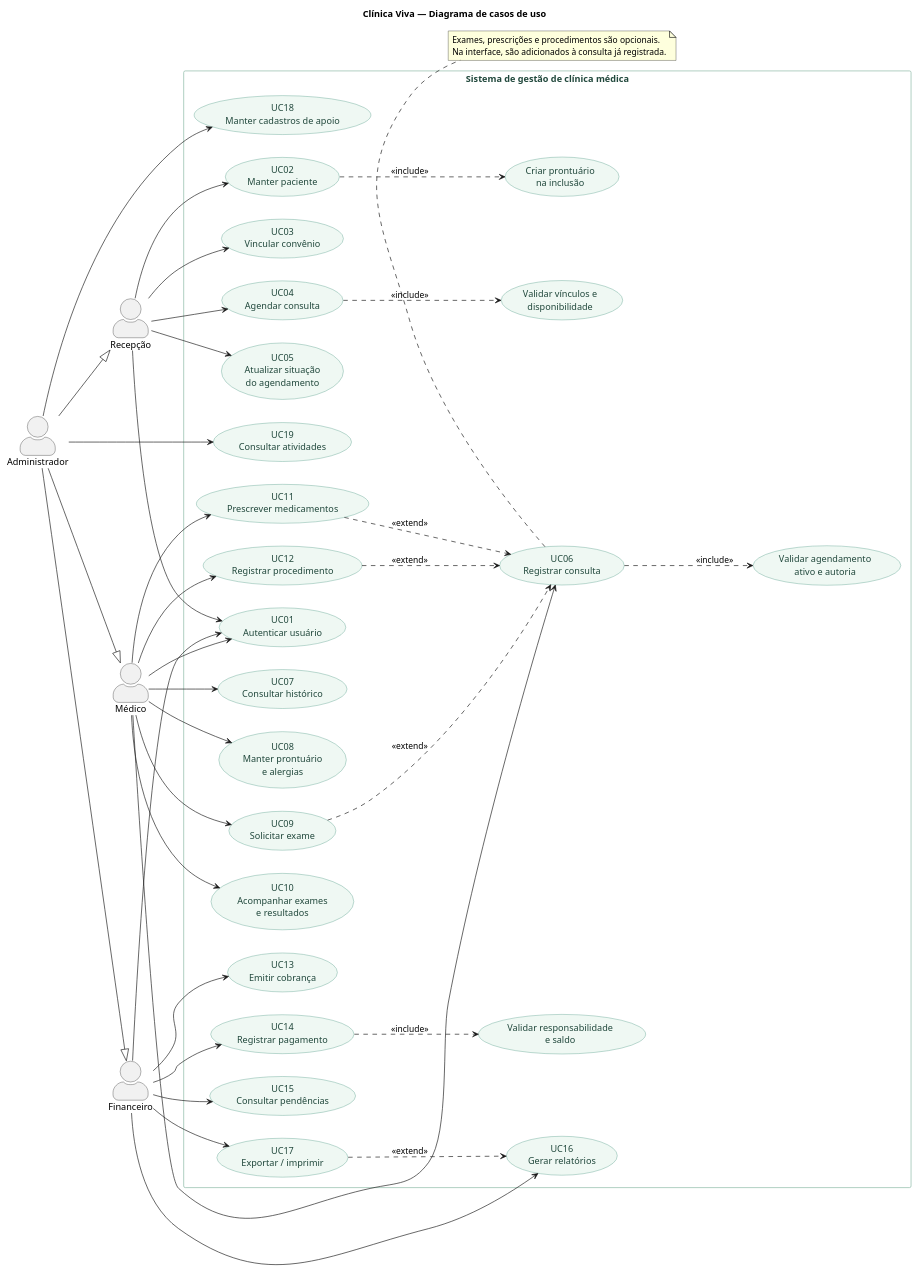
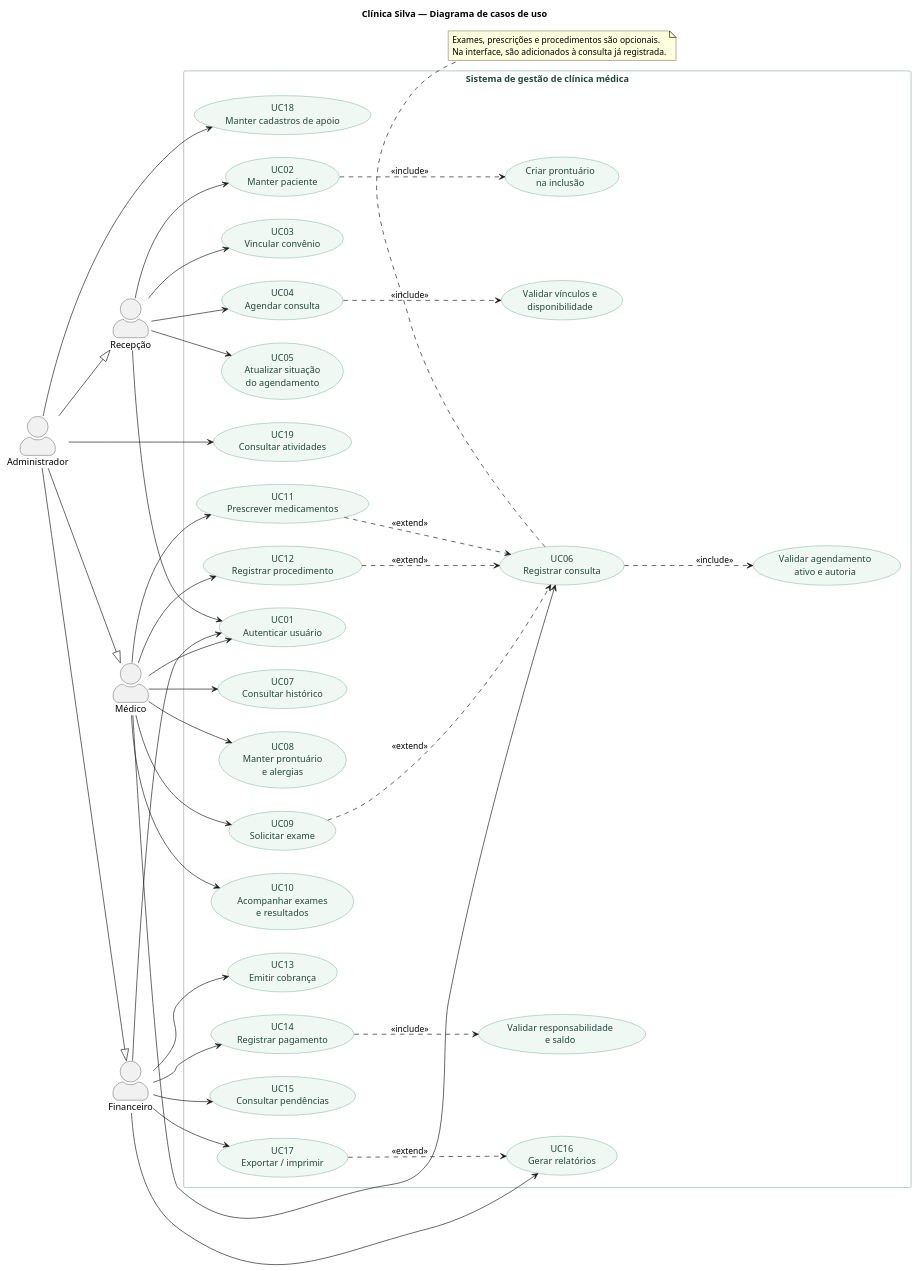
Before and after one commit to Ygxxrr/clinica-viva-aps: the diagram in docs/casos-de-uso.puml, drawn with PlantUML. The commit also changed 32 other files, not shown here.

Commit message:
Renomeia a marca para Clínica Silva no sistema e na documentação

```diff
--- a/docs/casos-de-uso.puml
+++ b/docs/casos-de-uso.puml
@@ -1,82 +1,82 @@
 @startuml
 left to right direction
 skinparam backgroundColor #FFFFFF
 skinparam shadowing false
 skinparam defaultFontName Arial
 skinparam actorStyle awesome
 skinparam usecase {
  BackgroundColor #EFF8F3
  BorderColor #398D78
  FontColor #21483C
 }
 skinparam rectangle {
  BorderColor #86B5A1
  FontColor #21483C
 }
-title Clínica Viva — Diagrama de casos de uso
+title Clínica Silva — Diagrama de casos de uso
 actor "Recepção" as Reception
 actor "Médico" as Doctor
 actor "Financeiro" as Finance
 actor "Administrador" as Admin
 Admin --|> Reception
 Admin --|> Doctor
 Admin --|> Finance
 rectangle "Sistema de gestão de clínica médica" {
 usecase "UC01\nAutenticar usuário" as Login
 usecase "UC02\nManter paciente" as Patient
 usecase "Criar prontuário\nna inclusão" as Record
 usecase "UC03\nVincular convênio" as Insurance
 usecase "UC04\nAgendar consulta" as Schedule
 usecase "Validar vínculos e\ndisponibilidade" as Availability
 usecase "UC05\nAtualizar situação\ndo agendamento" as Status
 usecase "UC06\nRegistrar consulta" as Attend
 usecase "Validar agendamento\nativo e autoria" as Active
 usecase "UC07\nConsultar histórico" as History
 usecase "UC08\nManter prontuário\ne alergias" as Allergy
 usecase "UC09\nSolicitar exame" as Exam
 usecase "UC10\nAcompanhar exames\ne resultados" as Result
 usecase "UC11\nPrescrever medicamentos" as Prescription
 usecase "UC12\nRegistrar procedimento" as Procedure
 usecase "UC13\nEmitir cobrança" as Charge
 usecase "UC14\nRegistrar pagamento" as Payment
 usecase "Validar responsabilidade\ne saldo" as Balance
 usecase "UC15\nConsultar pendências" as Pending
 usecase "UC16\nGerar relatórios" as Reports
 usecase "UC17\nExportar / imprimir" as Export
 usecase "UC18\nManter cadastros de apoio" as Catalog
 usecase "UC19\nConsultar atividades" as Audit
 }
 Reception --> Login
 Doctor --> Login
 Finance --> Login
 Reception --> Patient
 Reception --> Insurance
 Reception --> Schedule
 Reception --> Status
 Patient ..> Record : <<include>>
 Schedule ..> Availability : <<include>>
 Doctor --> Attend
 Doctor --> History
 Doctor --> Allergy
 Doctor --> Exam
 Doctor --> Result
 Doctor --> Prescription
 Doctor --> Procedure
 Attend ..> Active : <<include>>
 Exam ..> Attend : <<extend>>
 Prescription ..> Attend : <<extend>>
 Procedure ..> Attend : <<extend>>
 Finance --> Charge
 Finance --> Payment
 Finance --> Pending
 Finance --> Reports
 Finance --> Export
 Payment ..> Balance : <<include>>
 Export ..> Reports : <<extend>>
 Admin --> Catalog
 Admin --> Audit
 note bottom of Attend
 Exames, prescrições e procedimentos são opcionais.
 Na interface, são adicionados à consulta já registrada.
 end note
 @enduml
```
